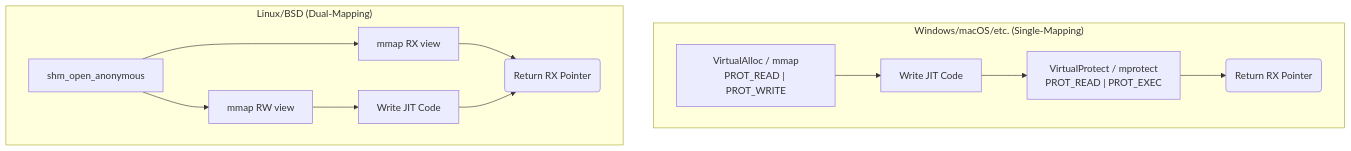
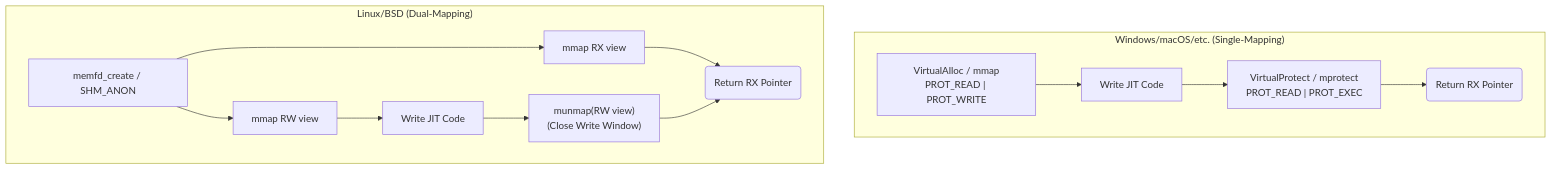
The third of 3 diagrams in docs/internals.md (sanko/infix), drawn with Mermaid before and after one commit. The commit also changed other lines of this file and 80 other files, not shown here.

````diff
--- a/docs/internals.md
+++ b/docs/internals.md
@@ -161,15 +174,16 @@
 ```mermaid
 graph TD
     subgraph "Windows/macOS/etc. (Single-Mapping)"
         A["VirtualAlloc / mmap<br>PROT_READ | PROT_WRITE"] --> B[Write JIT Code];
         B --> C["VirtualProtect / mprotect<br>PROT_READ | PROT_EXEC"];
         C --> D(Return RX Pointer);
     end
     subgraph "Linux/BSD (Dual-Mapping)"
-        E[shm_open_anonymous] --> F[mmap RW view];
+        E[memfd_create / SHM_ANON] --> F[mmap RW view];
         E --> G[mmap RX view];
         F --> H[Write JIT Code];
-        G --> I(Return RX Pointer);
-        H --> I;
+        H --> I["munmap(RW view)<br>(Close Write Window)"];
+        G --> J(Return RX Pointer);
+        I --> J;
     end
 ```
````
